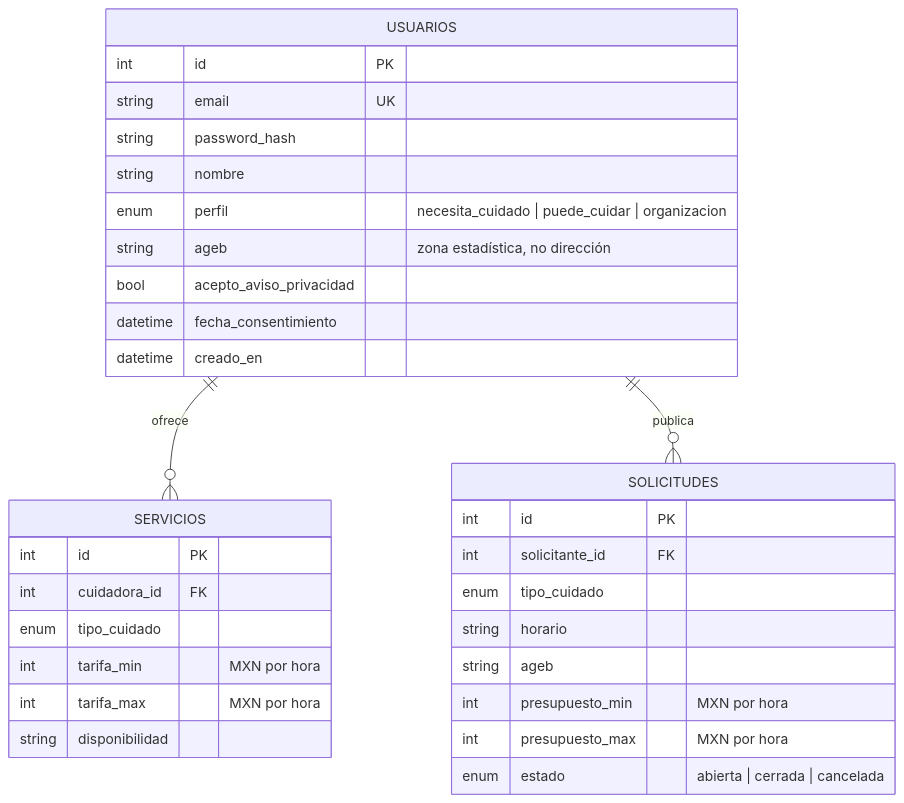
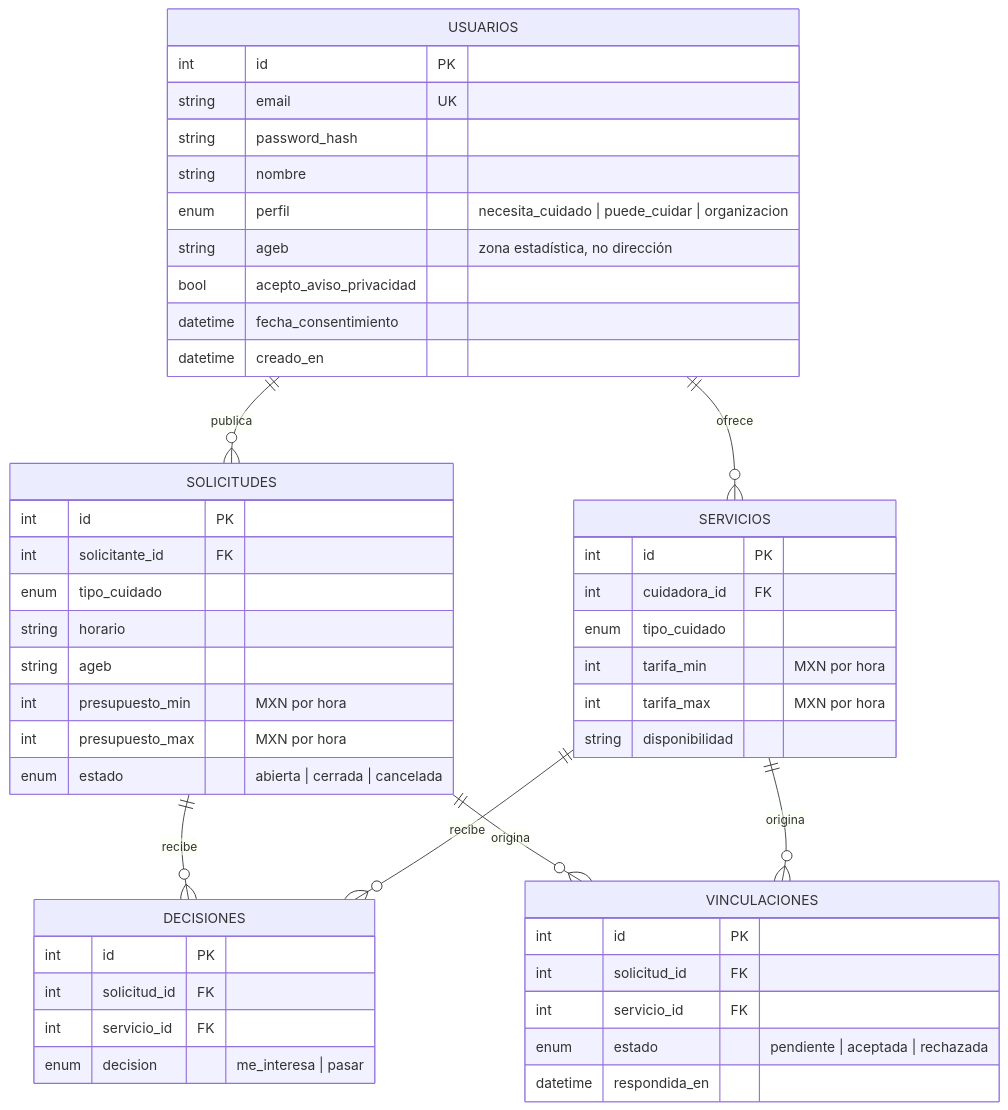
One commit to karenitzelsanchez41-rgb/cuidared changed the diagram in docs/02-modelo-de-datos.md. Above: the diagram before and after it, drawn with Mermaid. The commit also changed other lines of this file and 15 other files, not shown here.

````diff
--- a/docs/02-modelo-de-datos.md
+++ b/docs/02-modelo-de-datos.md
@@ -3,35 +3,52 @@
 ```mermaid
 erDiagram
     USUARIOS ||--o{ SERVICIOS : ofrece
     USUARIOS ||--o{ SOLICITUDES : publica
+    SOLICITUDES ||--o{ DECISIONES : recibe
+    SERVICIOS ||--o{ DECISIONES : recibe
+    SOLICITUDES ||--o{ VINCULACIONES : origina
+    SERVICIOS ||--o{ VINCULACIONES : origina
 
     USUARIOS {
         int id PK
         string email UK
         string password_hash
         string nombre
         enum perfil "necesita_cuidado | puede_cuidar | organizacion"
         string ageb "zona estadística, no dirección"
         bool acepto_aviso_privacidad
         datetime fecha_consentimiento
         datetime creado_en
     }
     SERVICIOS {
         int id PK
         int cuidadora_id FK
         enum tipo_cuidado
         int tarifa_min "MXN por hora"
         int tarifa_max "MXN por hora"
         string disponibilidad
     }
     SOLICITUDES {
         int id PK
         int solicitante_id FK
         enum tipo_cuidado
         string horario
         string ageb
         int presupuesto_min "MXN por hora"
         int presupuesto_max "MXN por hora"
         enum estado "abierta | cerrada | cancelada"
     }
+    DECISIONES {
+        int id PK
+        int solicitud_id FK
+        int servicio_id FK
+        enum decision "me_interesa | pasar"
+    }
+    VINCULACIONES {
+        int id PK
+        int solicitud_id FK
+        int servicio_id FK
+        enum estado "pendiente | aceptada | rechazada"
+        datetime respondida_en
+    }
 ```
````
